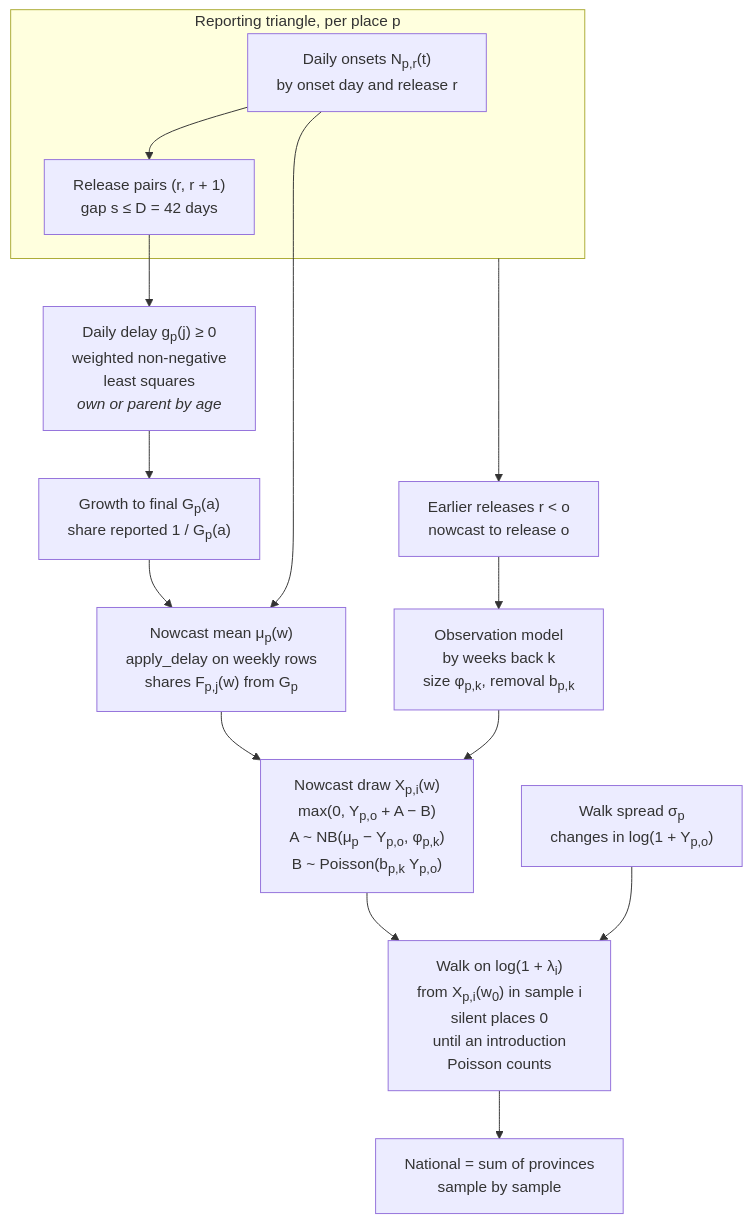
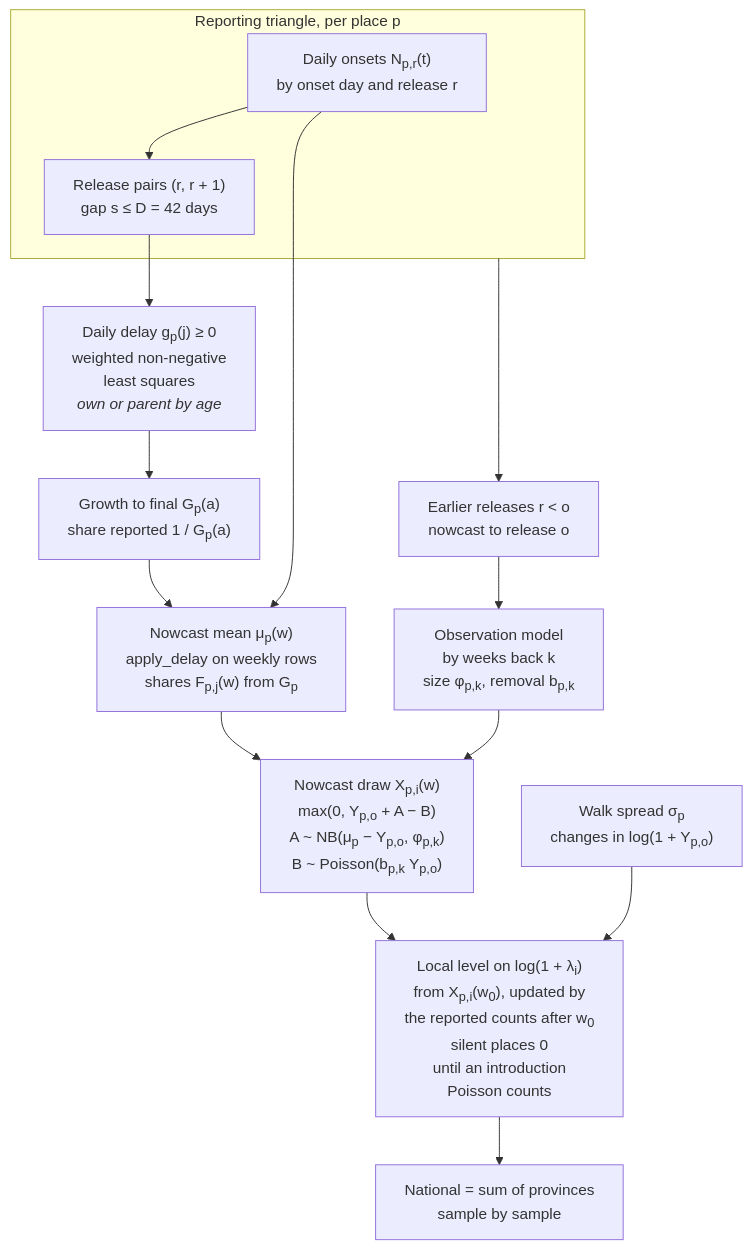
Before and after one commit to seabbs/BDBVHubRenewal: the first of 2 diagrams in docs/methods/baselines.md, drawn with Mermaid. The commit also changed other lines of this file and 2 other files, not shown here.

Commit message:
Draw the weeks after the start as one path and keep silent places at 0
The level of the weeks between the start and the cut-off week is drawn
back from the cut-off week given the filter, so they join the forecast
as one trajectory. A silent place keeps its reported 0s up to its start
week. The module docstring and the cut-off week test describe the
local level.

````diff
--- a/docs/methods/baselines.md
+++ b/docs/methods/baselines.md
@@ -16,29 +16,29 @@
 ```mermaid
 flowchart TD
     subgraph TRI["Reporting triangle, per place p"]
         SNAP["Daily onsets N<sub>p,r</sub>(t)<br/>by onset day and release r"]
         PAIR["Release pairs (r, r + 1)<br/>gap s ≤ D = 42 days"]
     end
     DEL["Daily delay g<sub>p</sub>(j) ≥ 0<br/>weighted non-negative<br/>least squares<br/><i>own or parent by age</i>"]
     G["Growth to final G<sub>p</sub>(a)<br/>share reported 1 / G<sub>p</sub>(a)"]
     MU["Nowcast mean μ<sub>p</sub>(w)<br/>apply_delay on weekly rows<br/>shares F<sub>p,j</sub>(w) from G<sub>p</sub>"]
     RETRO["Earlier releases r &lt; o<br/>nowcast to release o"]
     OBS["Observation model<br/>by weeks back k<br/>size φ<sub>p,k</sub>, removal b<sub>p,k</sub>"]
     X["Nowcast draw X<sub>p,i</sub>(w)<br/>max(0, Y<sub>p,o</sub> + A − B)<br/>A ~ NB(μ<sub>p</sub> − Y<sub>p,o</sub>, φ<sub>p,k</sub>)<br/>B ~ Poisson(b<sub>p,k</sub> Y<sub>p,o</sub>)"]
     SIG["Walk spread σ<sub>p</sub><br/>changes in log(1 + Y<sub>p,o</sub>)"]
-    W["Walk on log(1 + λ<sub>i</sub>)<br/>from X<sub>p,i</sub>(w<sub>0</sub>) in sample i<br/>silent places 0<br/>until an introduction<br/>Poisson counts"]
+    W["Local level on log(1 + λ<sub>i</sub>)<br/>from X<sub>p,i</sub>(w<sub>0</sub>), updated by<br/>the reported counts after w<sub>0</sub><br/>silent places 0<br/>until an introduction<br/>Poisson counts"]
     NAT["National = sum of provinces<br/>sample by sample"]
 
     SNAP --> PAIR
     PAIR --> DEL
     DEL --> G
     G --> MU
     SNAP --> MU
     TRI --> RETRO
     RETRO --> OBS
     MU --> X
     OBS --> X
     X --> W
     SIG --> W
     W --> NAT
 ```
````
